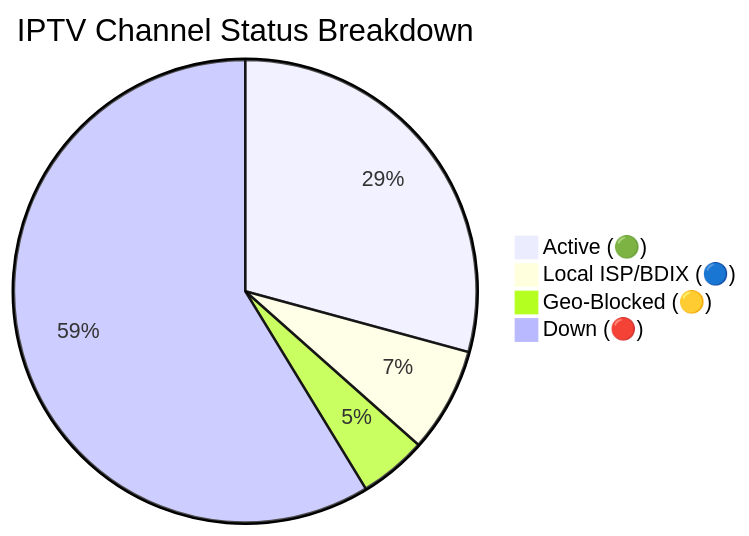
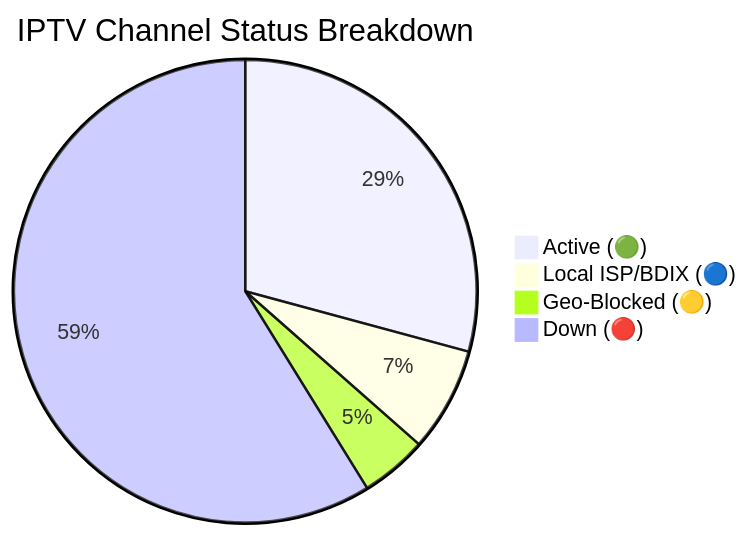
One commit to Zaman-Topu/Ip-tv-Collection changed the diagram in README.md. Above: the diagram before and after it, drawn with Mermaid. The commit also changed other lines of this file and 6 other files, not shown here.

````diff
--- a/README.md
+++ b/README.md
@@ -149,7 +149,7 @@
 ```mermaid
 pie title IPTV Channel Status Breakdown
-    "Active (🟢)" : 10966
-    "Local ISP/BDIX (🔵)" : 2745
-    "Geo-Blocked (🟡)" : 1775
-    "Down (🔴)" : 22027
+    "Active (🟢)" : 10940
+    "Local ISP/BDIX (🔵)" : 2732
+    "Geo-Blocked (🟡)" : 1753
+    "Down (🔴)" : 22035
 ```
````
